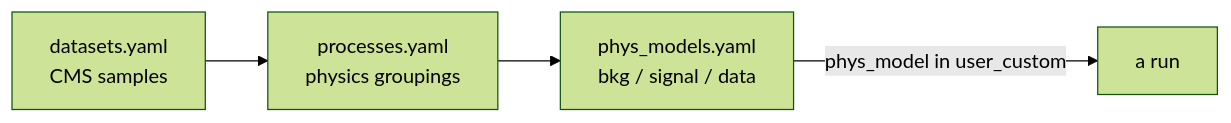
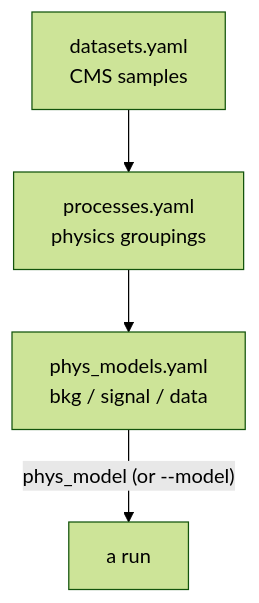
The diagram in docs/configuration/processes-and-models.md (cms-flaf/FLAF), drawn with Mermaid (forest theme) before and after one commit. The commit also changed other lines of this file and 29 other files, not shown here.

Commit message:
Fix the C++ formatting check and bring the docs in line with the code, with legible and new mermaid diagrams (#327)

````diff
--- a/docs/configuration/processes-and-models.md
+++ b/docs/configuration/processes-and-models.md
@@ -75,6 +131,6 @@
 ```mermaid
-flowchart LR
-    DS[datasets.yaml<br/>CMS samples] --> PR[processes.yaml<br/>physics groupings]
-    PR --> PM[phys_models.yaml<br/>bkg / signal / data]
-    PM -->|phys_model in user_custom| RUN[a run]
+flowchart TD
+    DS["datasets.yaml<br/>CMS samples"] --> PR["processes.yaml<br/>physics groupings"]
+    PR --> PM["phys_models.yaml<br/>bkg / signal / data"]
+    PM -->|"phys_model (or --model)"| RUN["a run"]
 ```
````
